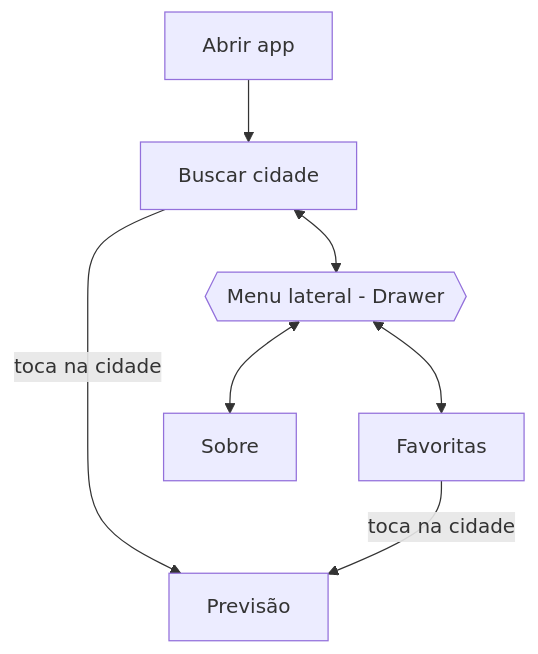
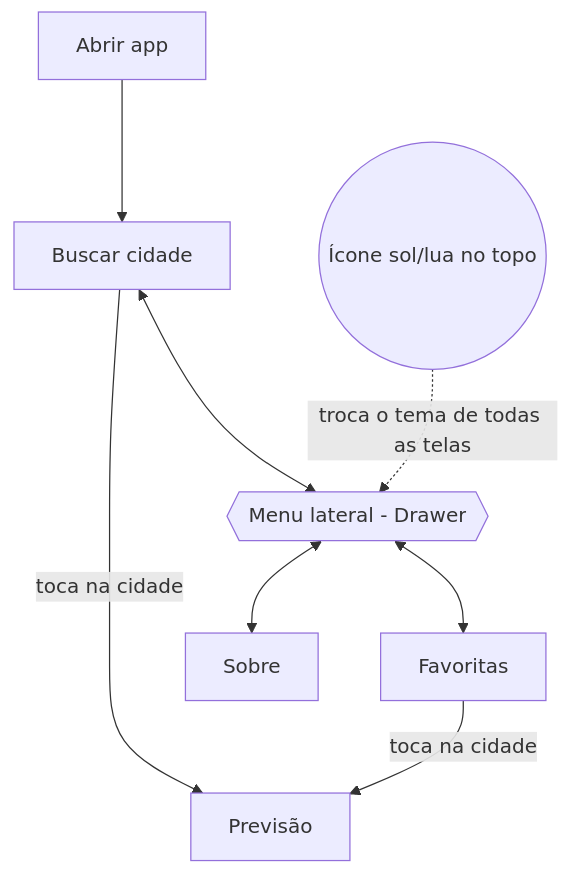
The second of 5 diagrams in README.md (evertton82/chove-ou-nao-chove), drawn with Mermaid before and after one commit. The commit also changed other lines of this file and 21 other files, not shown here.

````diff
--- a/README.md
+++ b/README.md
@@ -71,10 +76,11 @@
 ```mermaid
 flowchart TD
     A[Abrir app] --> B[Buscar cidade]
     M{{Menu lateral - Drawer}}
     B <--> M
     M <--> F[Favoritas]
     M <--> S[Sobre]
     B -- toca na cidade --> P[Previsão]
     F -- toca na cidade --> P
+    T((Ícone sol/lua no topo)) -. troca o tema de todas as telas .-> M
 ```
````
